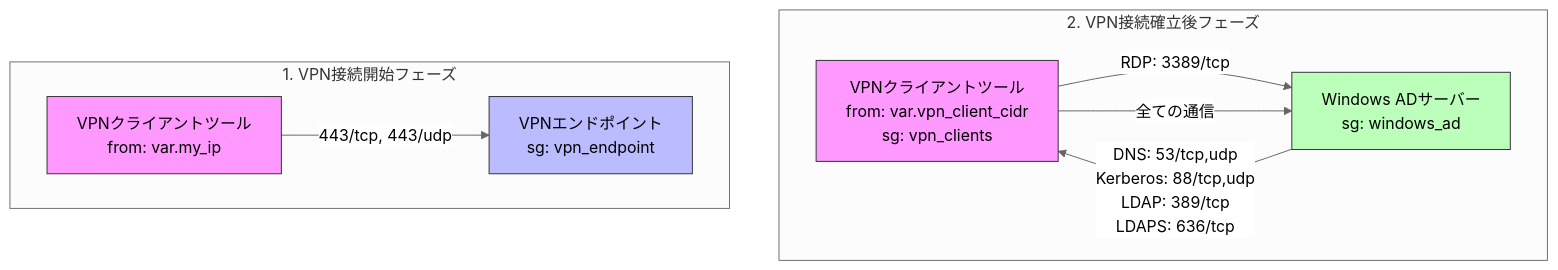
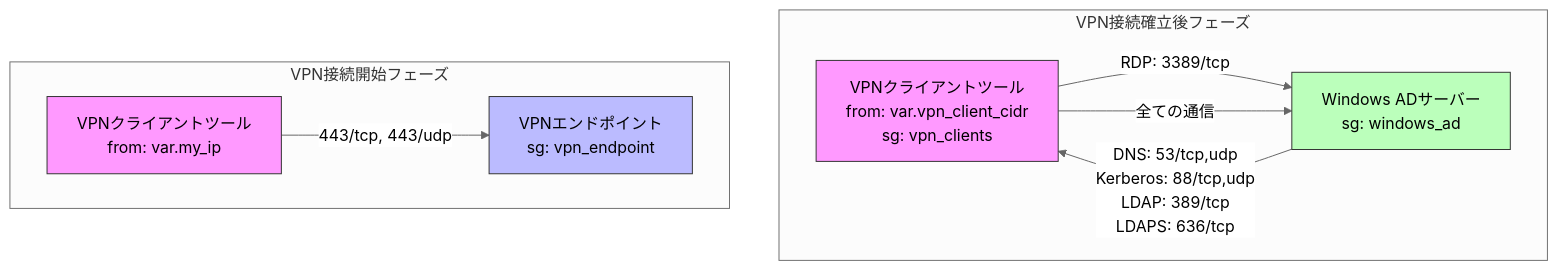
The diagram in aws-ec2-windows-ad/README.md (kikudai/terraform-template), drawn with Mermaid (neutral theme) before and after one commit.

Commit message:
mermaidエラー修正

````diff
--- a/aws-ec2-windows-ad/README.md
+++ b/aws-ec2-windows-ad/README.md
@@ -128,21 +128,21 @@
 ```mermaid
 graph TB
-    subgraph Phase2[2. VPN接続確立後フェーズ]
+    subgraph VPN接続確立後フェーズ
         C2[VPNクライアントツール<br>from: var.vpn_client_cidr<br>sg: vpn_clients]
         AD[Windows ADサーバー<br>sg: windows_ad]
         C2 -->|RDP: 3389/tcp| AD
         C2 -->|全ての通信| AD
         AD -->|DNS: 53/tcp,udp<br>Kerberos: 88/tcp,udp<br>LDAP: 389/tcp<br>LDAPS: 636/tcp| C2
     end
 
-    subgraph Phase1[1. VPN接続開始フェーズ]
+    subgraph VPN接続開始フェーズ
         C1[VPNクライアントツール<br>from: var.my_ip]
         V1[VPNエンドポイント<br>sg: vpn_endpoint]
         C1 -->|443/tcp, 443/udp| V1
     end
 
     style C1 fill:#f9f,stroke:#333
     style C2 fill:#f9f,stroke:#333
     style V1 fill:#bbf,stroke:#333
     style AD fill:#bfb,stroke:#333
 ```
````
